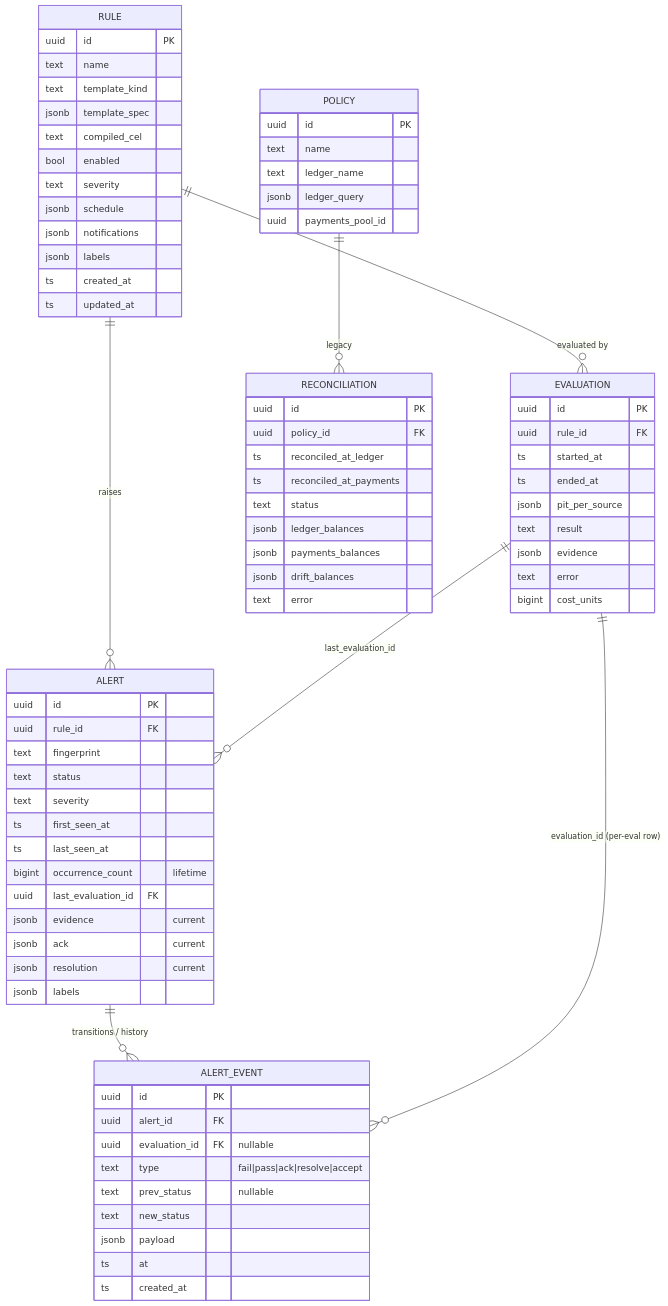
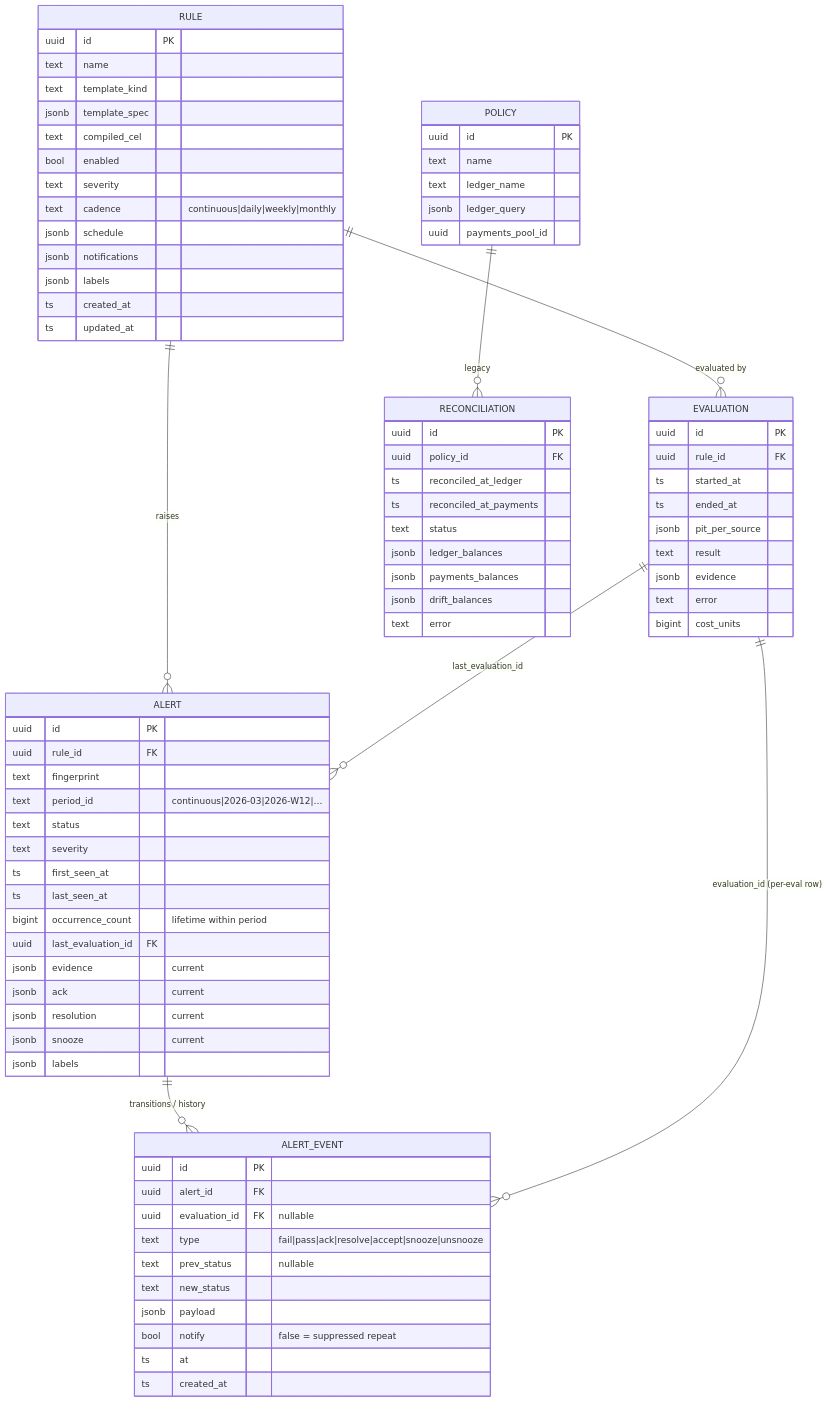
Before and after one commit to formancehq/reconciliation: the fourth of 4 diagrams in docs/technical/architecture.md, drawn with Mermaid. The commit also changed other lines of this file and 6 other files, not shown here.

```diff
--- a/docs/technical/architecture.md
+++ b/docs/technical/architecture.md
@@ -123,6 +124,7 @@
         text compiled_cel
         bool enabled
         text severity
+        text cadence "continuous|daily|weekly|monthly"
         jsonb schedule
         jsonb notifications
         jsonb labels
@@ -144,25 +146,28 @@
         uuid id PK
         uuid rule_id FK
         text fingerprint
+        text period_id "continuous|2026-03|2026-W12|…"
         text status
         text severity
         ts first_seen_at
         ts last_seen_at
-        bigint occurrence_count "lifetime"
+        bigint occurrence_count "lifetime within period"
         uuid last_evaluation_id FK
         jsonb evidence "current"
         jsonb ack "current"
         jsonb resolution "current"
+        jsonb snooze "current"
         jsonb labels
     }
     ALERT_EVENT {
         uuid id PK
         uuid alert_id FK
         uuid evaluation_id FK "nullable"
-        text type "fail|pass|ack|resolve|accept"
+        text type "fail|pass|ack|resolve|accept|snooze|unsnooze"
         text prev_status "nullable"
         text new_status
         jsonb payload
+        bool notify "false = suppressed repeat"
         ts at
         ts created_at
     }
```
